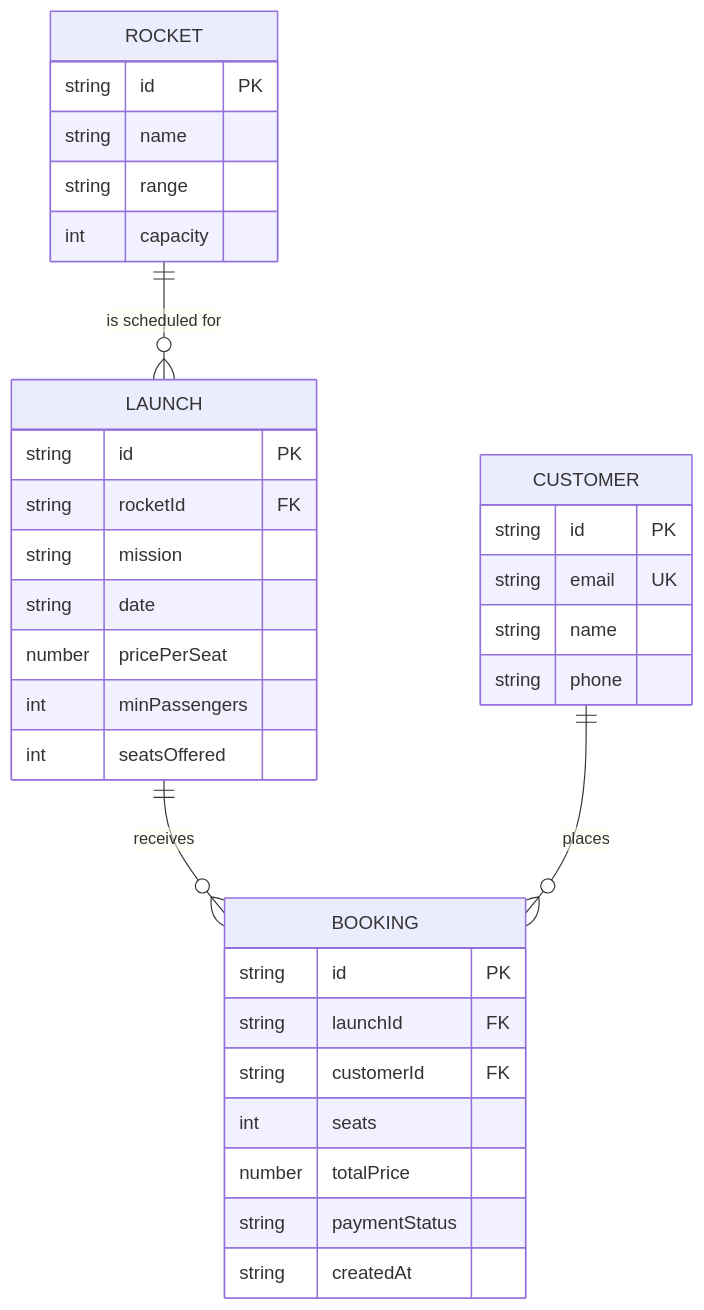
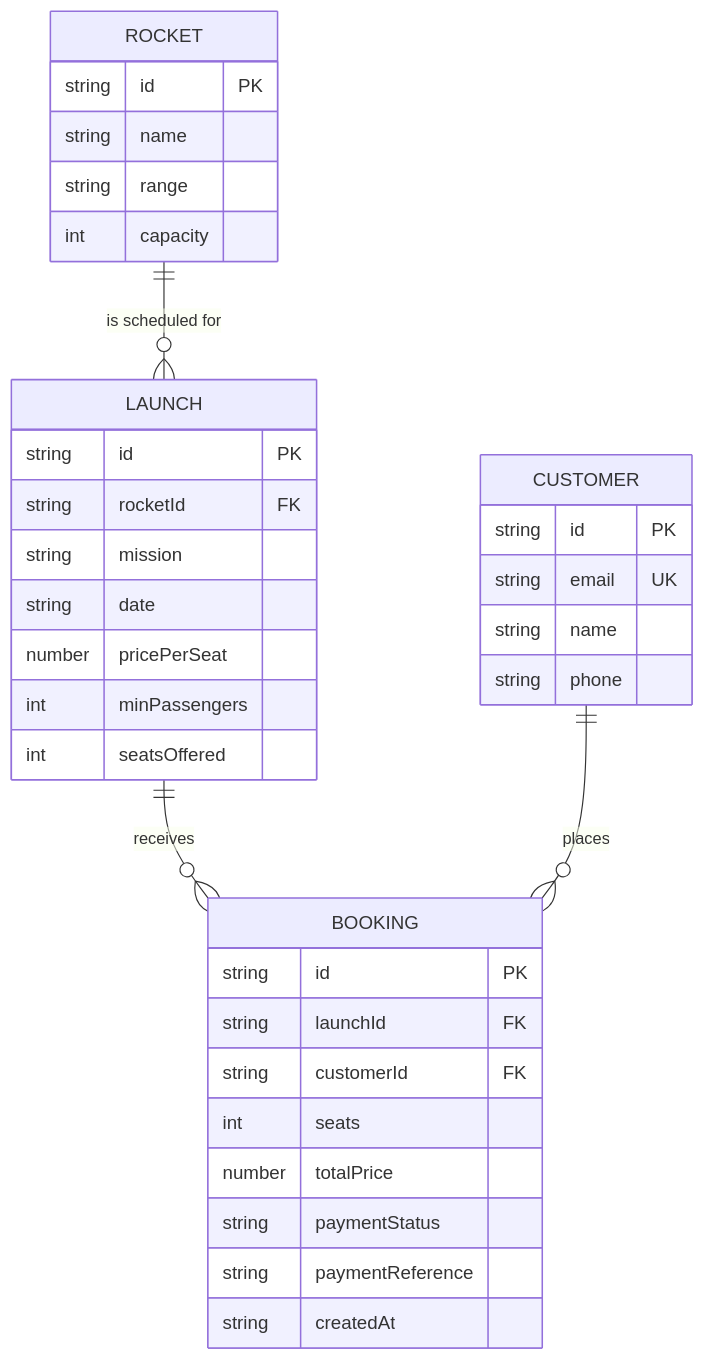
One commit to felipe-girol/demo-2 changed the diagram in IA/ERM.md. Above: the diagram before and after it, drawn with Mermaid. The commit also changed other lines of this file and 33 other files, not shown here.

````diff
--- a/IA/ERM.md
+++ b/IA/ERM.md
@@ -52,37 +53,38 @@
 ```mermaid
 erDiagram
     ROCKET ||--o{ LAUNCH : "is scheduled for"
     LAUNCH ||--o{ BOOKING : "receives"
     CUSTOMER ||--o{ BOOKING : "places"
 
     ROCKET {
         string id PK
         string name
         string range
         int capacity
     }
     LAUNCH {
         string id PK
         string rocketId FK
         string mission
         string date
         number pricePerSeat
         int minPassengers
         int seatsOffered
     }
     CUSTOMER {
         string id PK
         string email UK
         string name
         string phone
     }
     BOOKING {
         string id PK
         string launchId FK
         string customerId FK
         int seats
         number totalPrice
         string paymentStatus
+        string paymentReference
         string createdAt
     }
 ```
````
